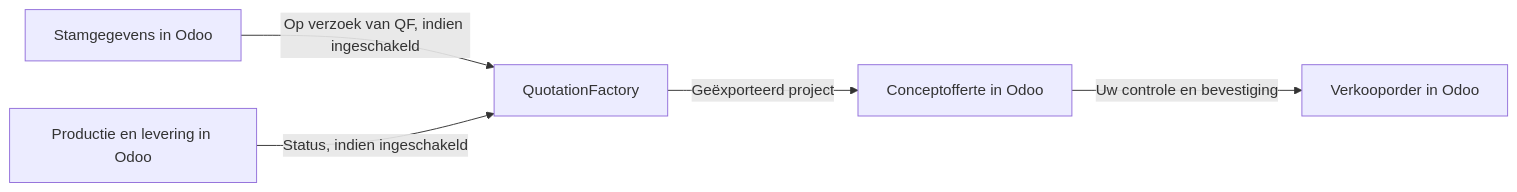
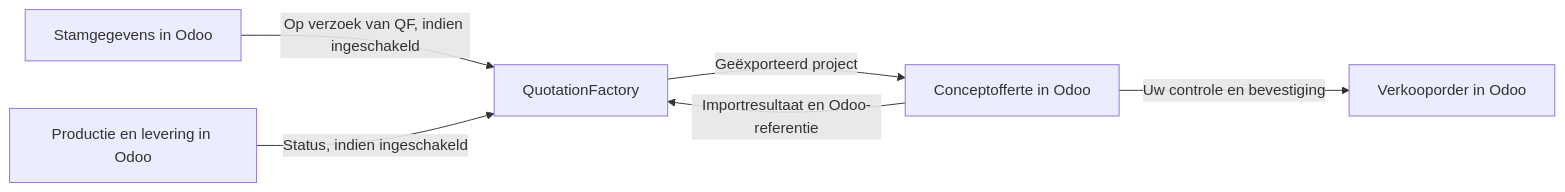
Before and after one commit to SheetMetalConnect/smc-mintlify: the diagram in nl/qf2odoo/overview.mdx, drawn with Mermaid. The commit also changed other lines of this file and 8 other files, not shown here.

````diff
--- a/nl/qf2odoo/overview.mdx
+++ b/nl/qf2odoo/overview.mdx
@@ -12,7 +12,8 @@
 ```mermaid
 flowchart LR
     Q["QuotationFactory"] -->|"Geëxporteerd project"| O["Conceptofferte in Odoo"]
+    O -->|"Importresultaat en Odoo-referentie"| Q
     O -->|"Uw controle en bevestiging"| S["Verkooporder in Odoo"]
     M["Stamgegevens in Odoo"] -->|"Op verzoek van QF, indien ingeschakeld"| Q
     P["Productie en levering in Odoo"] -->|"Status, indien ingeschakeld"| Q
 ```
````
